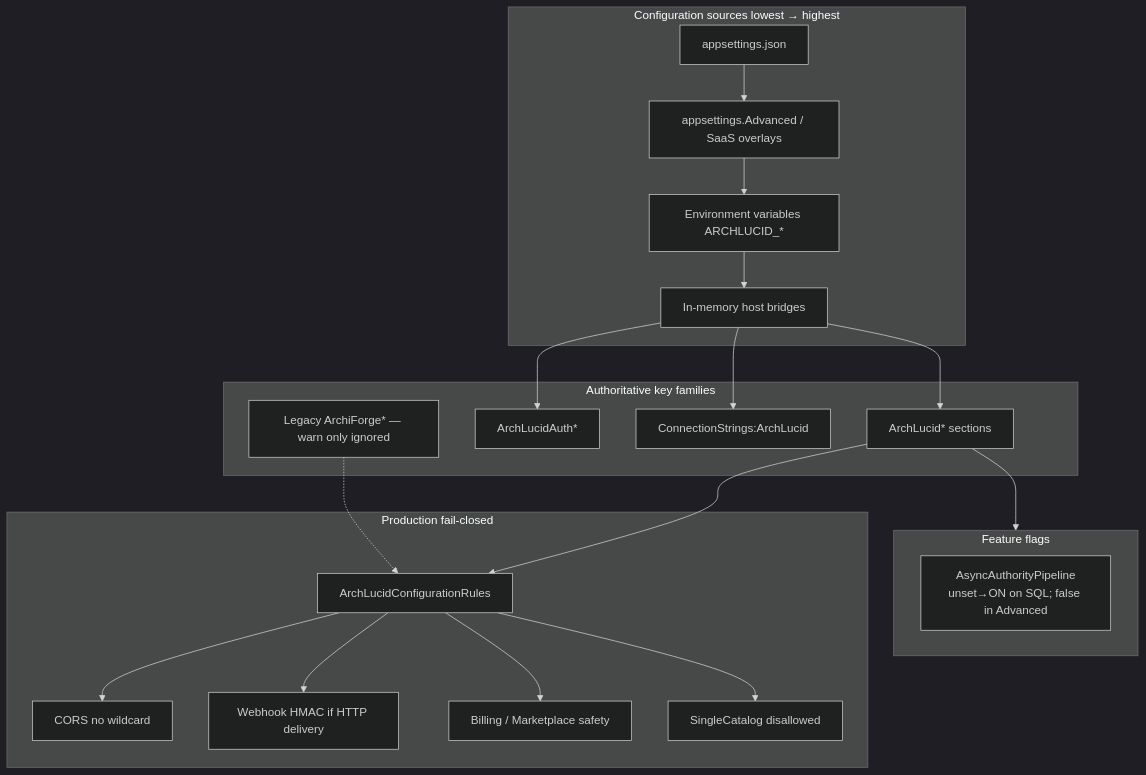
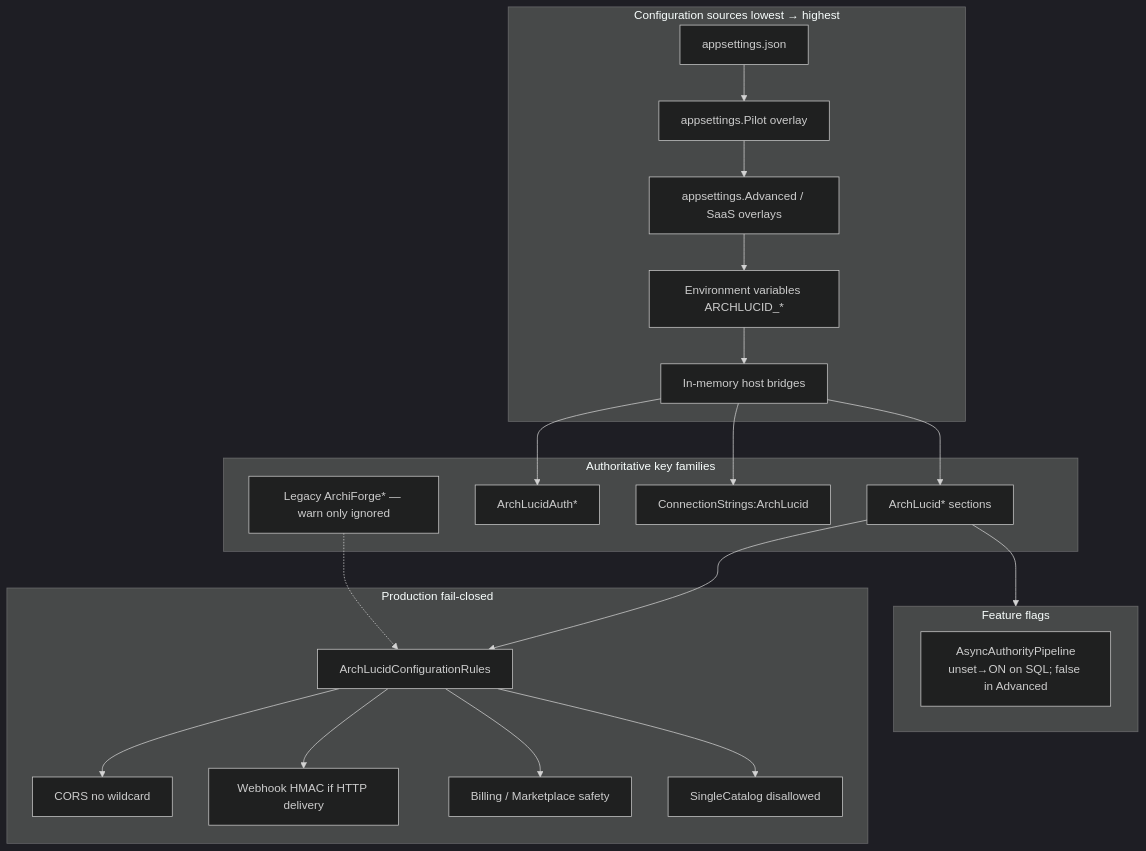
The diagram in docs/architecture/architecture_diagrams/archlucid-config-precedence.mmd (joefrancisGA/ArchLucid), drawn with Mermaid (dark theme) before and after one commit. The commit also changed 3 other files, not shown here.

```diff
--- a/docs/architecture/architecture_diagrams/archlucid-config-precedence.mmd
+++ b/docs/architecture/architecture_diagrams/archlucid-config-precedence.mmd
@@ -1,38 +1,39 @@
 flowchart TB
   subgraph sources["Configuration sources lowest → highest"]
     APP["appsettings.json"]
+    PILOT["appsettings.Pilot overlay"]
     ADV["appsettings.Advanced / SaaS overlays"]
     ENV["Environment variables ARCHLUCID_*"]
     MEM["In-memory host bridges"]
   end
 
   subgraph keys["Authoritative key families"]
     AL["ArchLucid* sections"]
     AUTH["ArchLucidAuth*"]
     CS["ConnectionStrings:ArchLucid"]
     LEG["Legacy ArchiForge* — warn only ignored"]
   end
 
   subgraph flags["Feature flags"]
     ASYNC["AsyncAuthorityPipeline<br/>unset→ON on SQL; false in Advanced"]
   end
 
   subgraph fail["Production fail-closed"]
     RULES["ArchLucidConfigurationRules"]
     CORS["CORS no wildcard"]
     WH["Webhook HMAC if HTTP delivery"]
     BILL["Billing / Marketplace safety"]
     CAT["SingleCatalog disallowed"]
   end
 
-  APP --> ADV --> ENV --> MEM
+  APP --> PILOT --> ADV --> ENV --> MEM
   MEM --> AL
   MEM --> AUTH
   MEM --> CS
   LEG -.-> RULES
   AL --> flags
   AL --> RULES
   RULES --> CORS
   RULES --> WH
   RULES --> BILL
   RULES --> CAT
```
